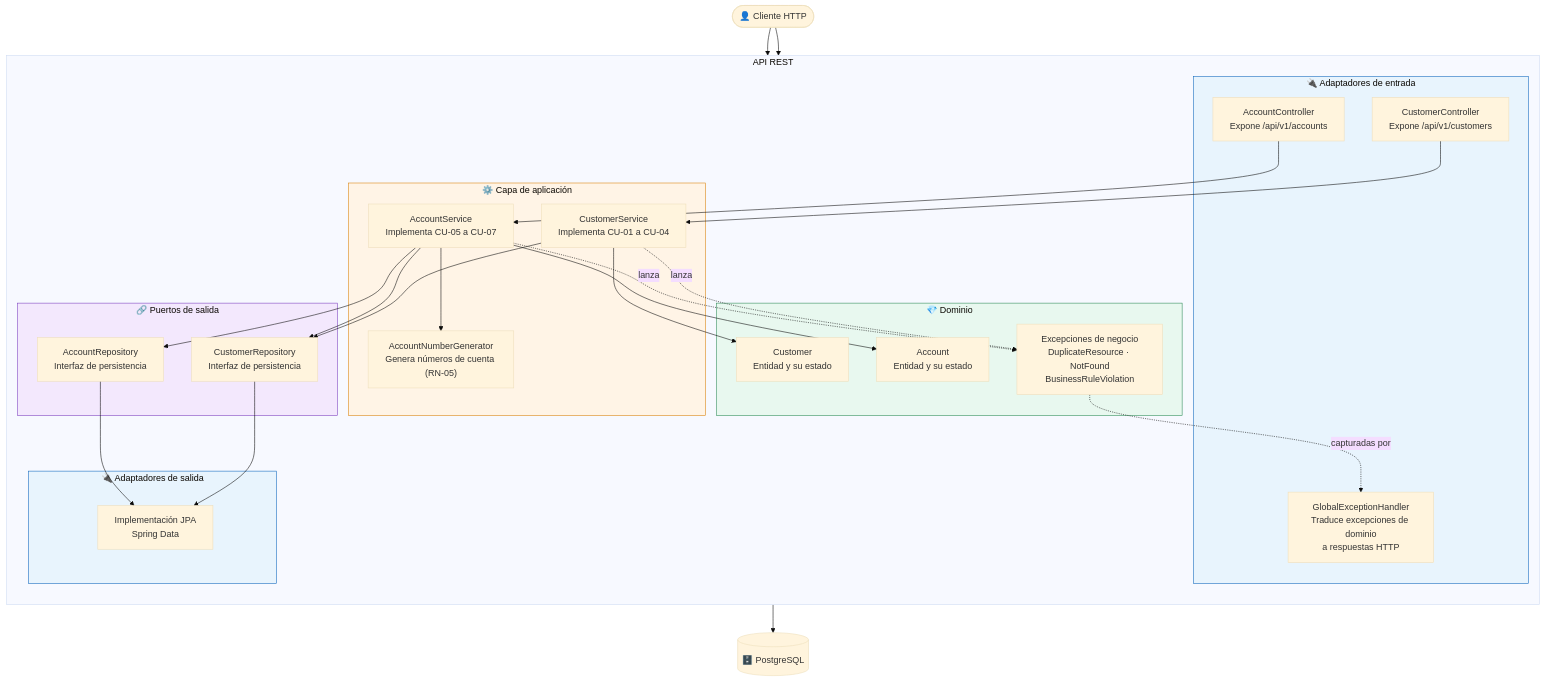
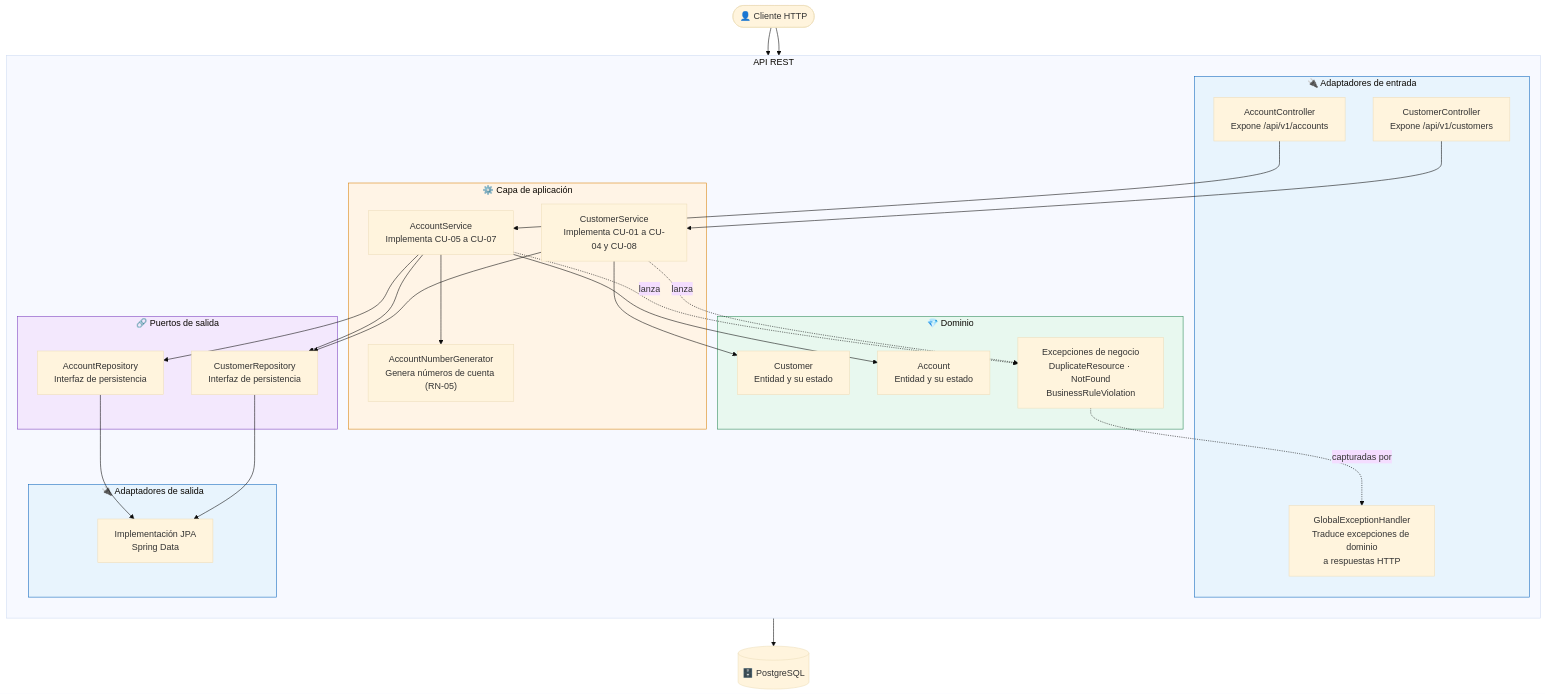
One commit to DiegoAndreRodriguez/customer-account-service changed the third of 9 diagrams in docs/02-diseno-componentes.md. Above: the diagram before and after it, drawn with Mermaid (base theme). The commit also changed other lines of this file and 3 other files, not shown here.

````diff
--- a/docs/02-diseno-componentes.md
+++ b/docs/02-diseno-componentes.md
@@ -97,74 +97,74 @@
 ```mermaid
 flowchart TB
     Client(["👤 Cliente HTTP"])
 
     subgraph App["API REST"]
         direction TB
 
         subgraph InAdapters["🔌 Adaptadores de entrada"]
             CC["CustomerController
 Expone /api/v1/customers"]
             AC["AccountController
 Expone /api/v1/accounts"]
             EH["GlobalExceptionHandler
 Traduce excepciones de dominio
 a respuestas HTTP"]
         end
 
         subgraph Application["⚙️ Capa de aplicación"]
             CS["CustomerService
-Implementa CU-01 a CU-04"]
+Implementa CU-01 a CU-04 y CU-08"]
             AS["AccountService
 Implementa CU-05 a CU-07"]
             ANG["AccountNumberGenerator
 Genera números de cuenta (RN-05)"]
         end
 
         subgraph Domain["💎 Dominio"]
             CM["Customer
 Entidad y su estado"]
             AM["Account
 Entidad y su estado"]
             EX["Excepciones de negocio
 DuplicateResource · NotFound
 BusinessRuleViolation"]
         end
 
         subgraph Ports["🔗 Puertos de salida"]
             CR["CustomerRepository
 Interfaz de persistencia"]
             AR["AccountRepository
 Interfaz de persistencia"]
         end
 
         subgraph OutAdapters["🔌 Adaptadores de salida"]
             JPA["Implementación JPA
 Spring Data"]
         end
     end
 
     DB[("🗄️ PostgreSQL")]
 
     Client --> CC
     Client --> AC
     CC --> CS
     AC --> AS
     CS --> CM
     AS --> AM
     AS --> ANG
     CS --> CR
     AS --> AR
     AS --> CR
     CR --> JPA
     AR --> JPA
     JPA --> DB
     CS -.->|"lanza"| EX
     AS -.->|"lanza"| EX
     EX -.->|"capturadas por"| EH
 
     style InAdapters fill:#e8f4fd,stroke:#1168bd
     style Application fill:#fff4e6,stroke:#d9820b
     style Domain fill:#e8f8ef,stroke:#2e8b57
     style Ports fill:#f3e8fd,stroke:#7b3fbf
     style OutAdapters fill:#e8f4fd,stroke:#1168bd
 ```
````
